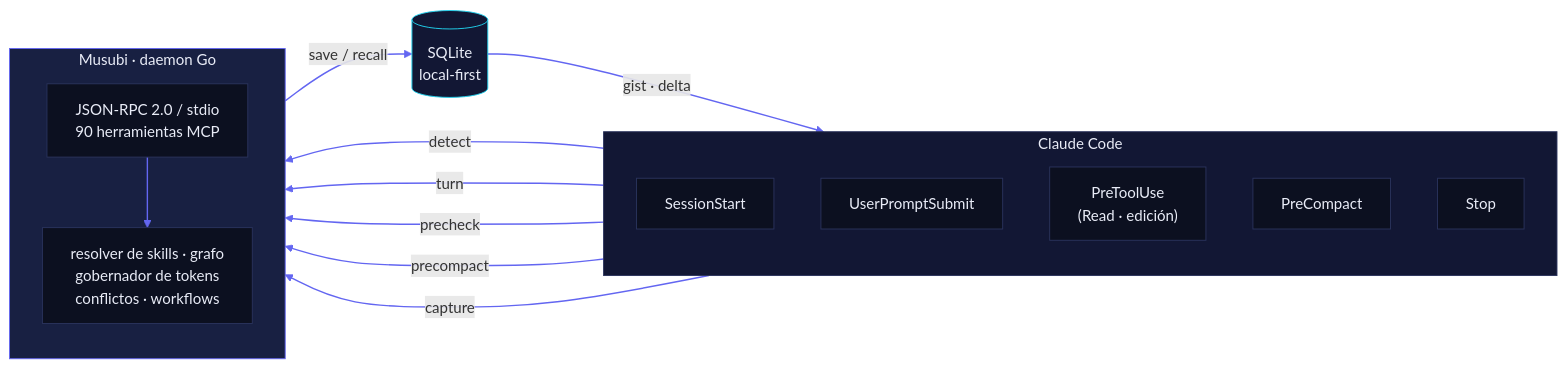
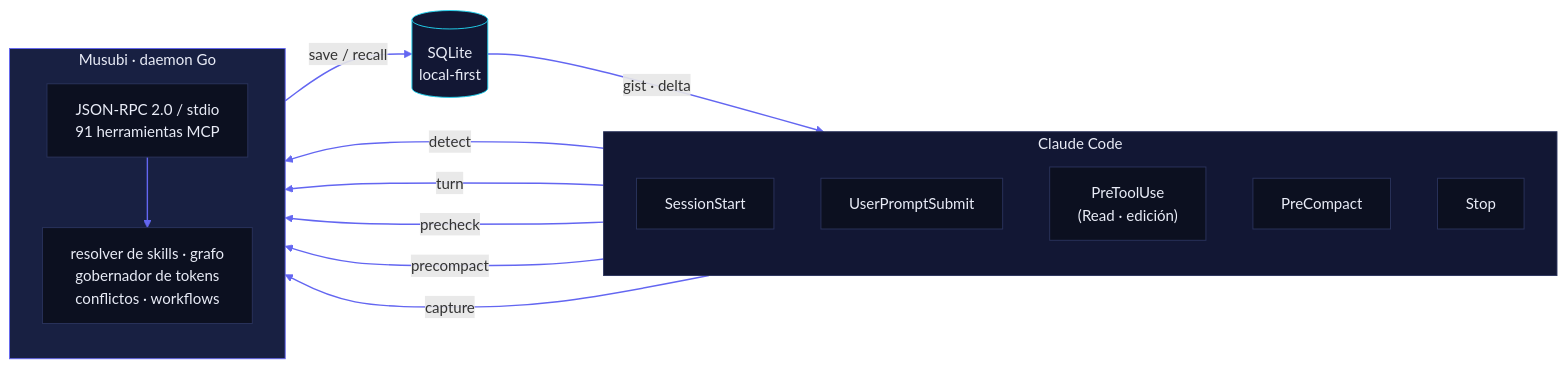
Before and after one commit to codeabraham16/musubi: the first of 3 diagrams in README.md, drawn with Mermaid. The commit also changed other lines of this file and 24 other files, not shown here.

````diff
--- a/README.md
+++ b/README.md
@@ -91,34 +91,34 @@
 ```mermaid
 flowchart LR
     subgraph CC["Claude Code"]
         direction TB
         H1["SessionStart"]
         H2["UserPromptSubmit"]
         H3["PreToolUse<br/>(Read · edición)"]
         H4["PreCompact"]
         H5["Stop"]
     end
     subgraph M["Musubi · daemon Go"]
         direction TB
-        RPC["JSON-RPC 2.0 / stdio<br/>90 herramientas MCP"]
+        RPC["JSON-RPC 2.0 / stdio<br/>91 herramientas MCP"]
         COG["resolver de skills · grafo<br/>gobernador de tokens<br/>conflictos · workflows"]
     end
     DB[("SQLite<br/>local-first")]
 
     H1 -- "detect" --> RPC
     H2 -- "turn" --> RPC
     H3 -- "precheck" --> RPC
     H4 -- "precompact" --> RPC
     H5 -- "capture" --> RPC
     RPC --> COG
     COG -- "save / recall" --> DB
     DB -- "gist · delta" --> CC
 
     classDef cc fill:#121734,stroke:#2A335C,color:#E9ECF7;
     classDef mm fill:#182042,stroke:#6366F1,color:#E9ECF7;
     classDef db fill:#121734,stroke:#22D3EE,color:#E9ECF7;
     classDef nd fill:#0C1020,stroke:#2A335C,color:#E9ECF7;
     class CC cc; class M mm; class DB db;
     class H1,H2,H3,H4,H5,RPC,COG nd;
     linkStyle default stroke:#6366F1,stroke-width:1.5px;
 ```
````
